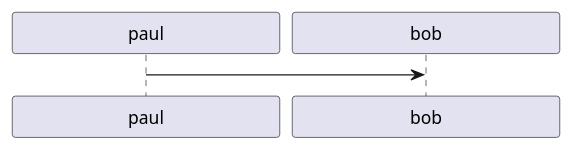
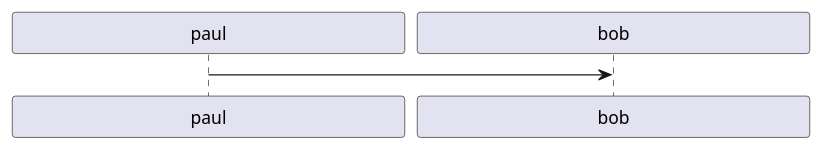
The diagram in src/plantuml/architecture/test2.puml (rafaelbrandaof/plantuml), drawn with PlantUML before and after one commit. The commit also changed 1 other file, not shown here.

```diff
--- a/src/plantuml/architecture/test2.puml
+++ b/src/plantuml/architecture/test2.puml
@@ -1,4 +1,4 @@
 @startuml
-skinparam minClassWidth 200
+skinparam minClassWidth 300
 paul->bob
 @enduml
```
